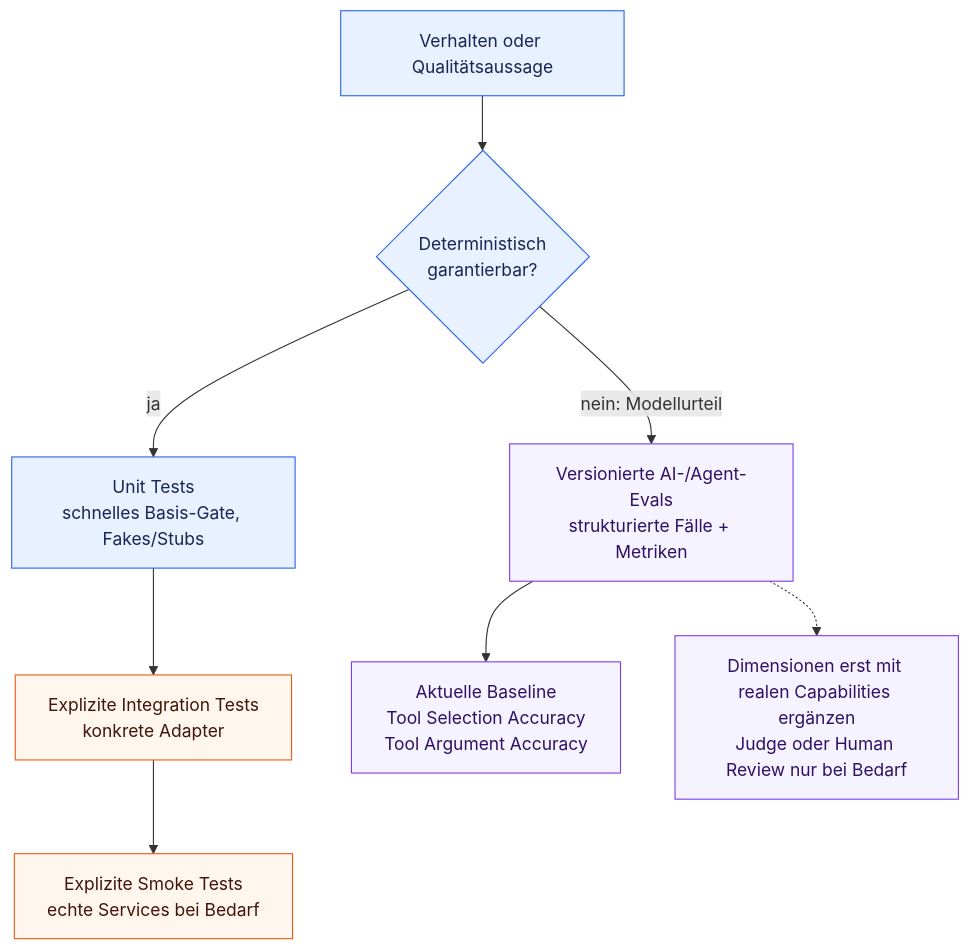
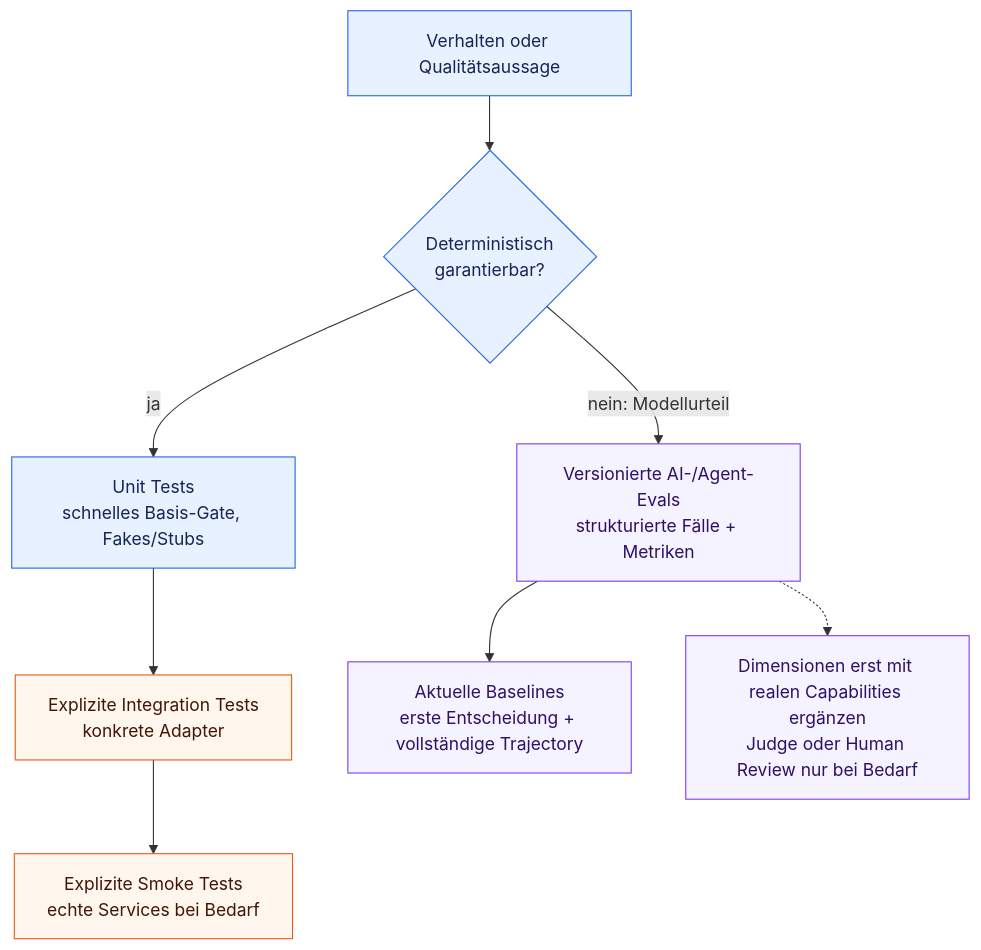
Before and after one commit to aboerzel/industrial-ai-agent: the sixth of 7 diagrams in docs/architecture/overview.de.md, drawn with Mermaid. The commit also changed other lines of this file and 10 other files, not shown here.

````diff
--- a/docs/architecture/overview.de.md
+++ b/docs/architecture/overview.de.md
@@ -179,17 +222,17 @@
 ```mermaid
 flowchart TB
     Behavior["Verhalten oder Qualitätsaussage"] --> Deterministic{"Deterministisch<br/>garantierbar?"}
     Deterministic -->|"ja"| Tests["Unit Tests<br/>schnelles Basis-Gate, Fakes/Stubs"]
     Tests --> Integration["Explizite Integration Tests<br/>konkrete Adapter"]
     Integration --> Smoke["Explizite Smoke Tests<br/>echte Services bei Bedarf"]
     Deterministic -->|"nein: Modellurteil"| Evals["Versionierte AI-/Agent-Evals<br/>strukturierte Fälle + Metriken"]
-    Evals --> Current["Aktuelle Baseline<br/>Tool Selection Accuracy<br/>Tool Argument Accuracy"]
+    Evals --> Current["Aktuelle Baselines<br/>erste Entscheidung + vollständige Trajectory"]
     Evals -.-> Future["Dimensionen erst mit realen Capabilities ergänzen<br/>Judge oder Human Review nur bei Bedarf"]
 
     classDef test fill:#e8f1ff,stroke:#2563eb,color:#172554
     classDef eval fill:#f5f3ff,stroke:#7c3aed,color:#2e1065
     classDef live fill:#fff7ed,stroke:#ea580c,color:#431407
     class Behavior,Deterministic,Tests test
     class Evals,Current,Future eval
     class Integration,Smoke live
 ```
````
